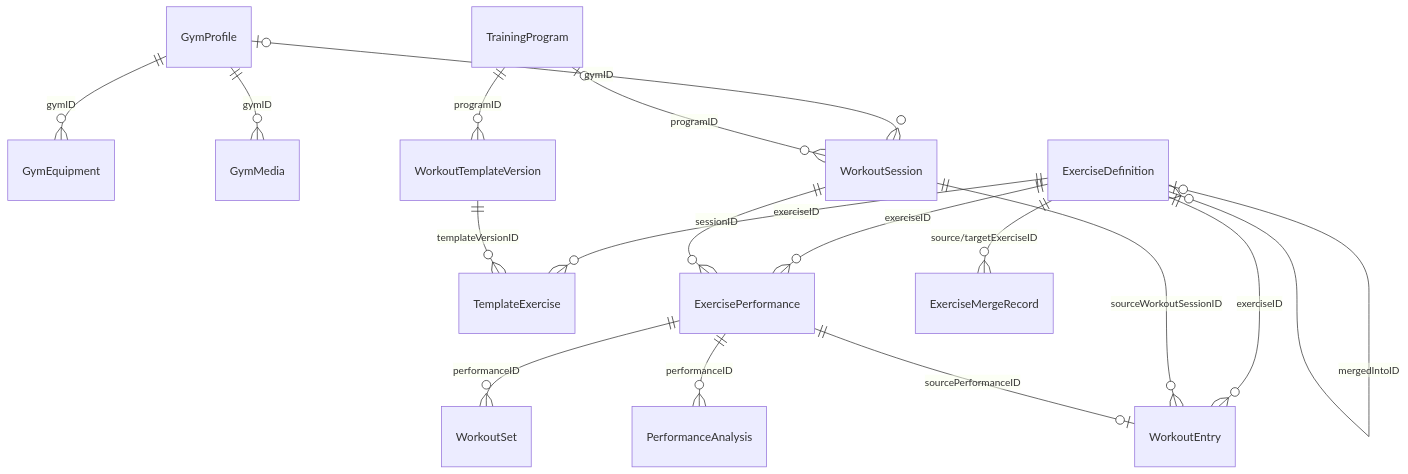
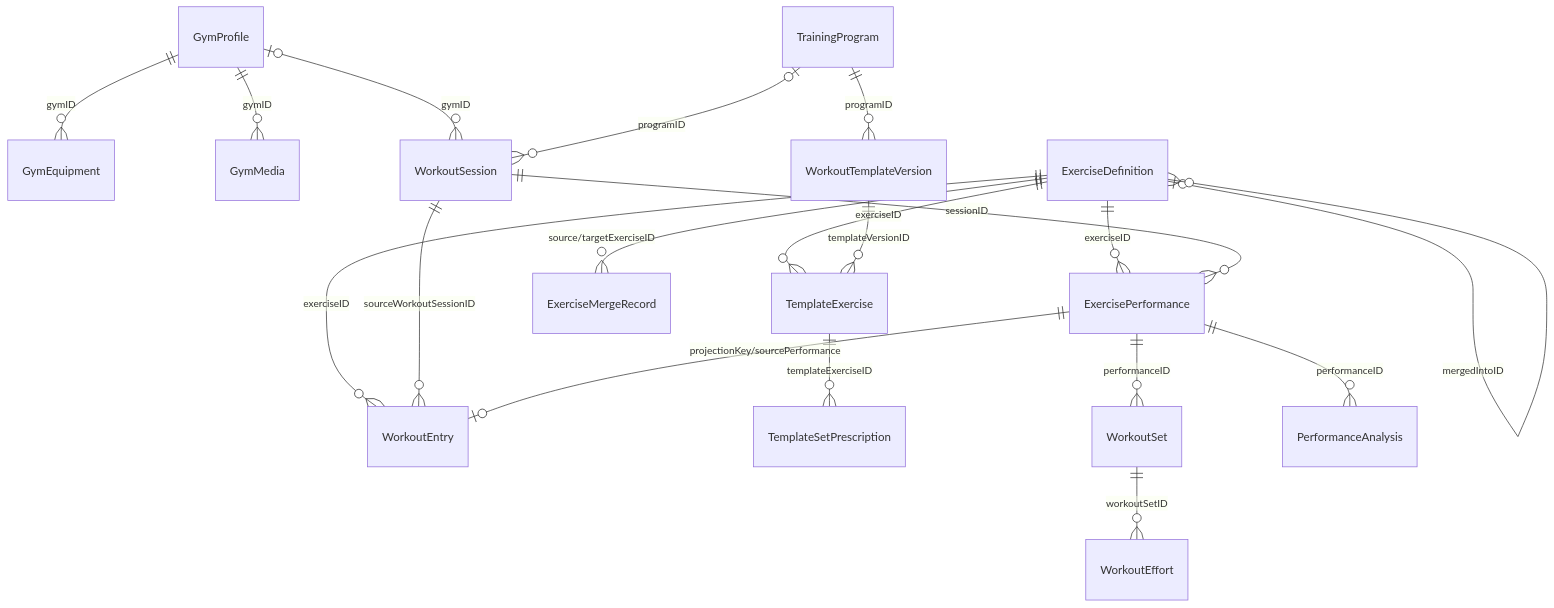
The first of 3 diagrams in docs/engineering/database-schema.md (hedon954/soma), drawn with Mermaid before and after one commit. The commit also changed other lines of this file and 173 other files, not shown here.

````diff
--- a/docs/engineering/database-schema.md
+++ b/docs/engineering/database-schema.md
@@ -119,21 +131,23 @@
 ```mermaid
 erDiagram
     GymProfile ||--o{ GymEquipment : "gymID"
     GymProfile ||--o{ GymMedia : "gymID"
     GymProfile o|--o{ WorkoutSession : "gymID"
 
     ExerciseDefinition ||--o{ WorkoutEntry : "exerciseID"
     ExerciseDefinition ||--o{ TemplateExercise : "exerciseID"
     ExerciseDefinition ||--o{ ExercisePerformance : "exerciseID"
     ExerciseDefinition o|--o{ ExerciseDefinition : "mergedIntoID"
     ExerciseDefinition ||--o{ ExerciseMergeRecord : "source/targetExerciseID"
 
     TrainingProgram ||--o{ WorkoutTemplateVersion : "programID"
     WorkoutTemplateVersion ||--o{ TemplateExercise : "templateVersionID"
+    TemplateExercise ||--o{ TemplateSetPrescription : "templateExerciseID"
     TrainingProgram o|--o{ WorkoutSession : "programID"
     WorkoutSession ||--o{ ExercisePerformance : "sessionID"
     ExercisePerformance ||--o{ WorkoutSet : "performanceID"
+    WorkoutSet ||--o{ WorkoutEffort : "workoutSetID"
     ExercisePerformance ||--o{ PerformanceAnalysis : "performanceID"
     WorkoutSession ||--o{ WorkoutEntry : "sourceWorkoutSessionID"
-    ExercisePerformance ||--o| WorkoutEntry : "sourcePerformanceID"
+    ExercisePerformance ||--o| WorkoutEntry : "projectionKey/sourcePerformance"
 ```
````
